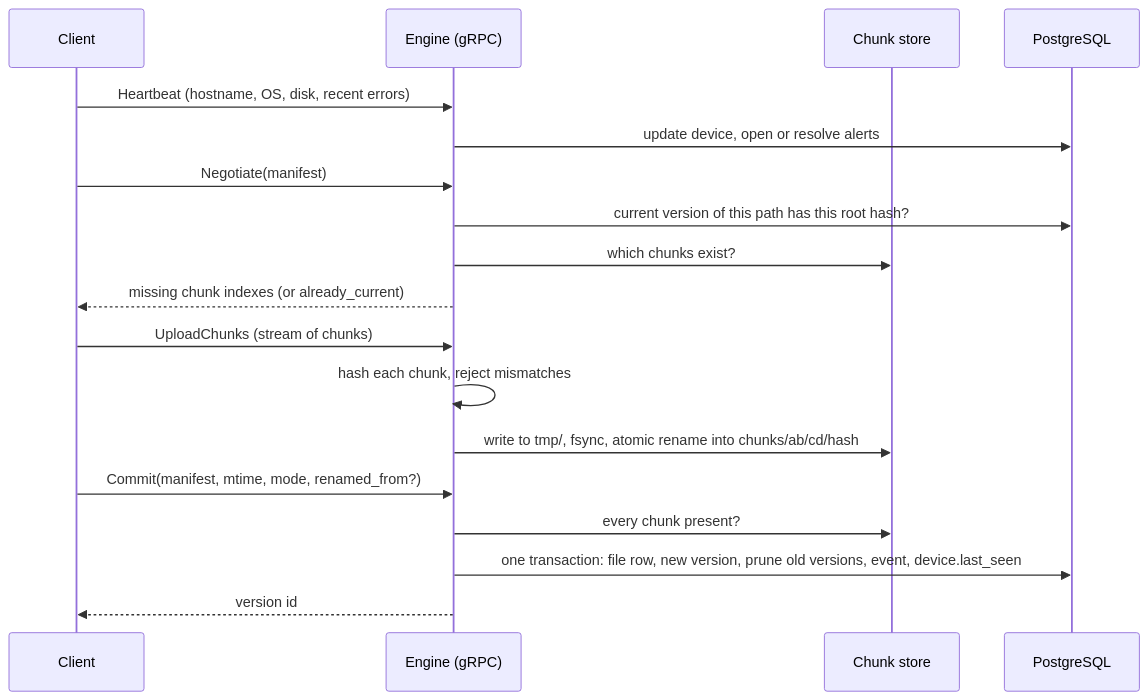
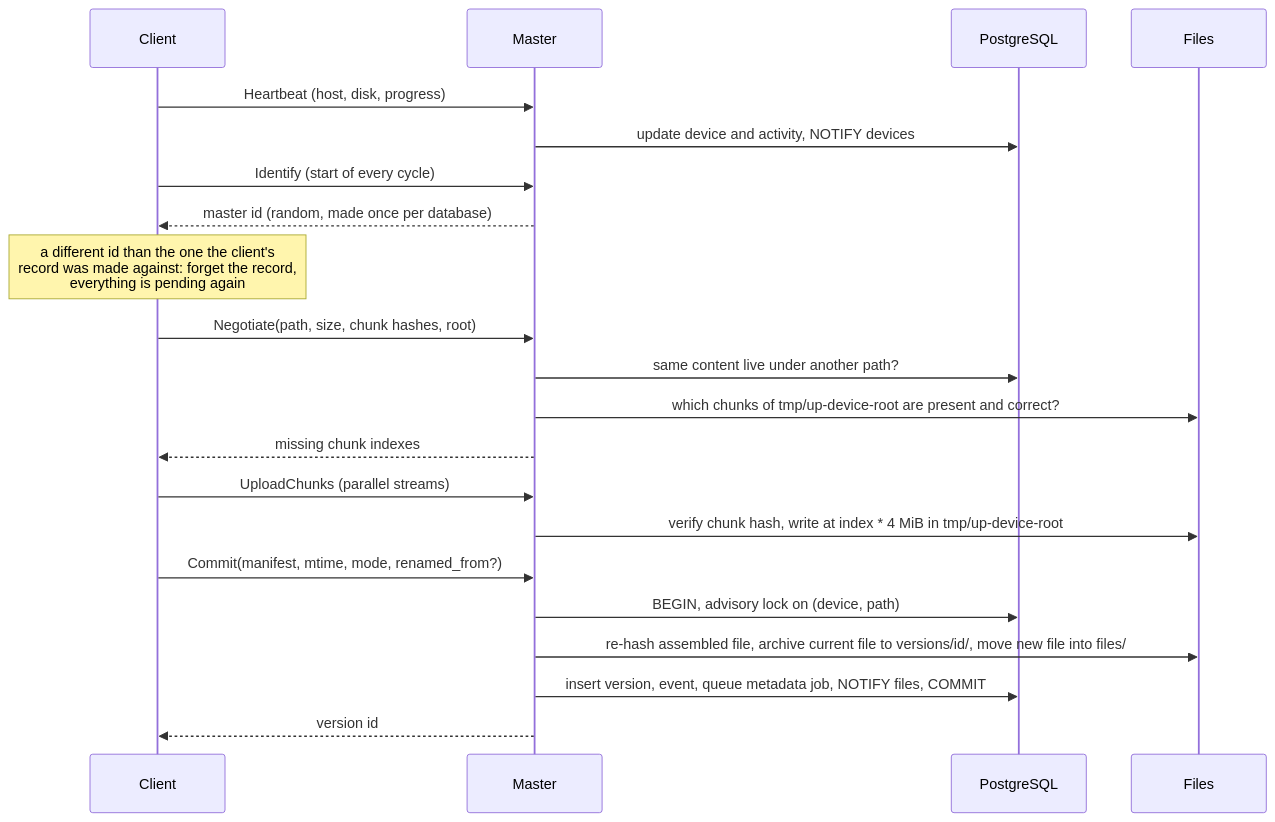
Before and after one commit to jameelhamdan/fafnirx: the second of 3 diagrams in docs/architecture.md, drawn with Mermaid. The commit also changed other lines of this file and 221 other files, not shown here.

````diff
--- a/docs/architecture.md
+++ b/docs/architecture.md
@@ -60,24 +67,23 @@
 ```mermaid
 sequenceDiagram
     participant C as Client
-    participant S as Engine (gRPC)
-    participant FS as Chunk store
+    participant M as Master
     participant DB as PostgreSQL
-
-    C->>S: Heartbeat (hostname, OS, disk, recent errors)
-    S->>DB: update device, open or resolve alerts
-
-    C->>S: Negotiate(manifest)
-    S->>DB: current version of this path has this root hash?
-    S->>FS: which chunks exist?
-    S-->>C: missing chunk indexes (or already_current)
-
-    C->>S: UploadChunks (stream of chunks)
-    S->>S: hash each chunk, reject mismatches
-    S->>FS: write to tmp/, fsync, atomic rename into chunks/ab/cd/hash
-
-    C->>S: Commit(manifest, mtime, mode, renamed_from?)
-    S->>FS: every chunk present?
-    S->>DB: one transaction: file row, new version, prune old versions, event, device.last_seen
-    S-->>C: version id
+    participant FS as Files
+    C->>M: Heartbeat (host, disk, progress)
+    M->>DB: update device and activity, NOTIFY devices
+    C->>M: Identify (start of every cycle)
+    M-->>C: master id (random, made once per database)
+    Note over C: a different id than the one the client's<br/>record was made against: forget the record,<br/>everything is pending again
+    C->>M: Negotiate(path, size, chunk hashes, root)
+    M->>DB: same content live under another path?
+    M->>FS: which chunks of tmp/up-device-root are present and correct?
+    M-->>C: missing chunk indexes
+    C->>M: UploadChunks (parallel streams)
+    M->>FS: verify chunk hash, write at index * 4 MiB in tmp/up-device-root
+    C->>M: Commit(manifest, mtime, mode, renamed_from?)
+    M->>DB: BEGIN, advisory lock on (device, path)
+    M->>FS: re-hash assembled file, archive current file to versions/id/, move new file into files/
+    M->>DB: insert version, event, queue metadata job, NOTIFY files, COMMIT
+    M-->>C: version id
 ```
````
